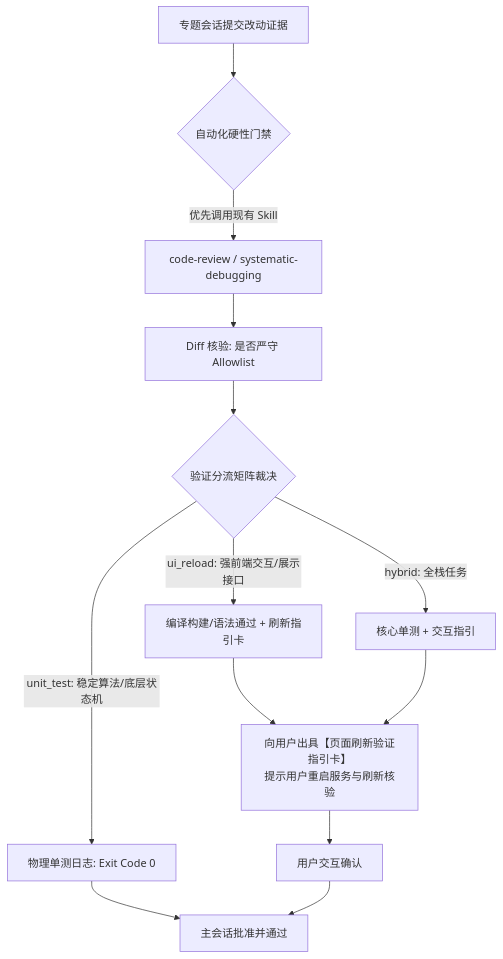
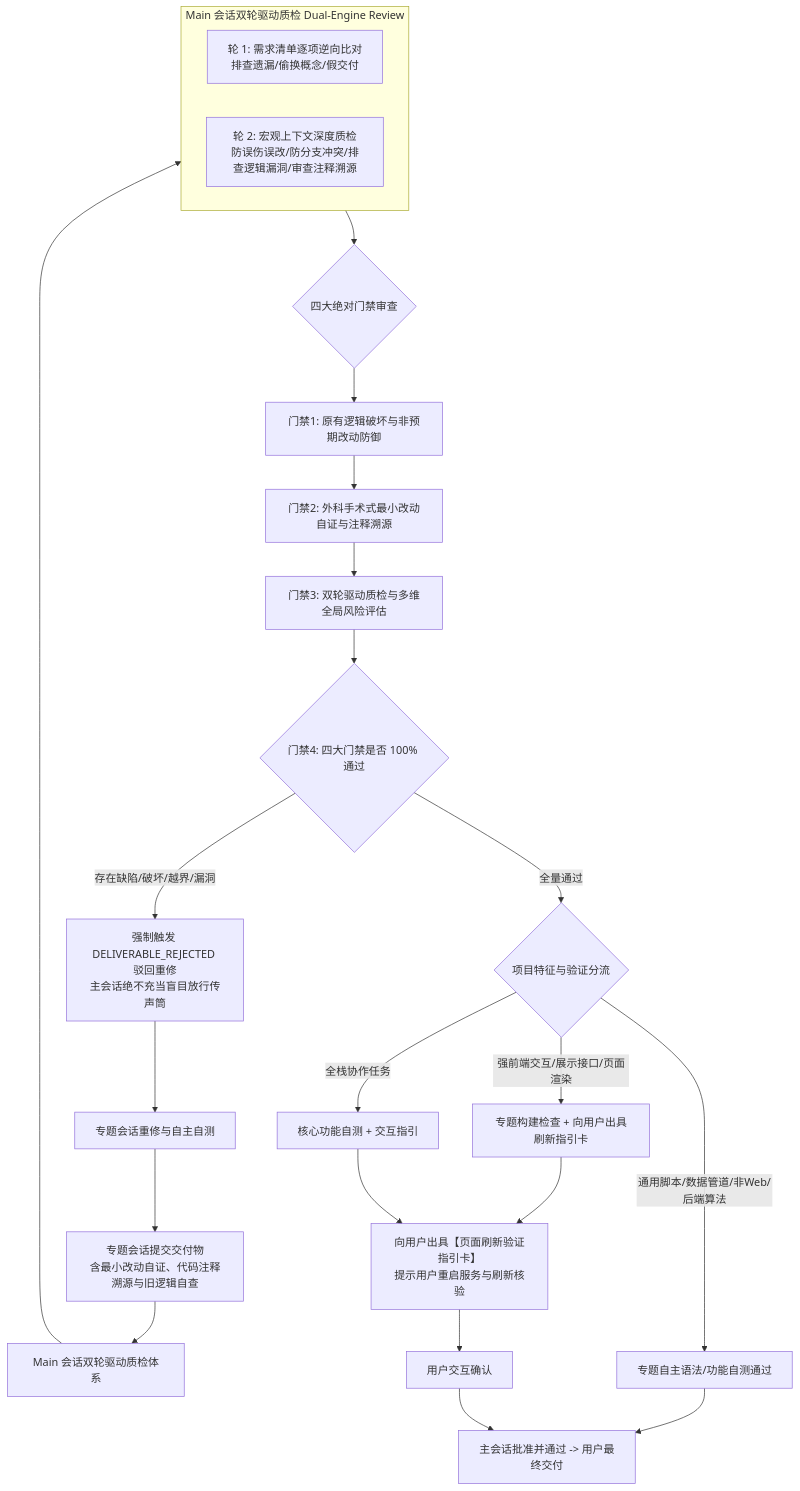
The diagram in references/dispatch-contract.md (JHJ1848/task-loop), drawn with Mermaid before and after one commit. The commit also changed other lines of this file and 14 other files, not shown here.

First line of the commit message:
feat(governance): decouple main verification and enforce topic self-check with gotchas

````diff
--- a/references/dispatch-contract.md
+++ b/references/dispatch-contract.md
@@ -87,16 +87,29 @@
 ```mermaid
 flowchart TD
-    Report[专题会话提交改动证据] --> AutoCheck{自动化硬性门禁}
-    AutoCheck -->|优先调用现有 Skill| CodeReview[code-review / systematic-debugging]
-    CodeReview --> DiffCheck[Diff 核验: 是否严守 Allowlist]
-    DiffCheck --> TriageCheck{验证分流矩阵裁决}
+    Report[专题会话提交交付物<br/>含最小改动自证、代码注释溯源与旧逻辑自查] --> MainDualReview[Main 会话双轮驱动质检体系]
+    
+    subgraph DualEngine[Main 会话双轮驱动质检 Dual-Engine Review]
+      Engine1[轮 1: 需求清单逐项逆向比对<br/>排查遗漏/偷换概念/假交付]
+      Engine2[轮 2: 宏观上下文深度质检<br/>防误伤误改/防分支冲突/排查逻辑漏洞/审查注释溯源]
+    end
+    
+    MainDualReview --> DualEngine
+    DualEngine --> AutoCheck{四大绝对门禁审查}
+    AutoCheck --> Gate1[门禁1: 原有逻辑破坏与非预期改动防御]
+    Gate1 --> Gate2[门禁2: 外科手术式最小改动自证与注释溯源]
+    Gate2 --> Gate3[门禁3: 双轮驱动质检与多维全局风险评估]
+    Gate3 --> Gate4{门禁4: 四大门禁是否 100% 通过}
 
-    TriageCheck -->|unit_test: 稳定算法/底层状态机| LogCheck[物理单测日志: Exit Code 0]
-    TriageCheck -->|ui_reload: 强前端交互/展示接口| BuildCheck[编译构建/语法通过 + 刷新指引卡]
-    TriageCheck -->|hybrid: 全栈任务| HybridCheck[核心单测 + 交互指引]
+    Gate4 -->|存在缺陷/破坏/越界/漏洞| Reject[强制触发 DELIVERABLE_REJECTED 驳回重修<br/>主会话绝不充当盲目放行传声筒]
+    Reject --> TopicFix[专题会话重修与自主自测] --> Report
+
+    Gate4 -->|全量通过| TriageCheck{项目特征与验证分流}
+    TriageCheck -->|通用脚本/数据管道/非Web/后端算法| ScriptCheck[专题自主语法/功能自测通过]
+    TriageCheck -->|强前端交互/展示接口/页面渲染| BuildCheck[专题构建检查 + 向用户出具刷新指引卡]
+    TriageCheck -->|全栈协作任务| HybridCheck[核心功能自测 + 交互指引]
     
-    LogCheck --> Pass[主会话批准并通过]
+    ScriptCheck --> Pass[主会话批准并通过 -> 用户最终交付]
     BuildCheck --> PromptUser[向用户出具【页面刷新验证指引卡】<br/>提示用户重启服务与刷新核验]
     HybridCheck --> PromptUser
     PromptUser --> UserConfirm[用户交互确认] --> Pass
 ```
````
